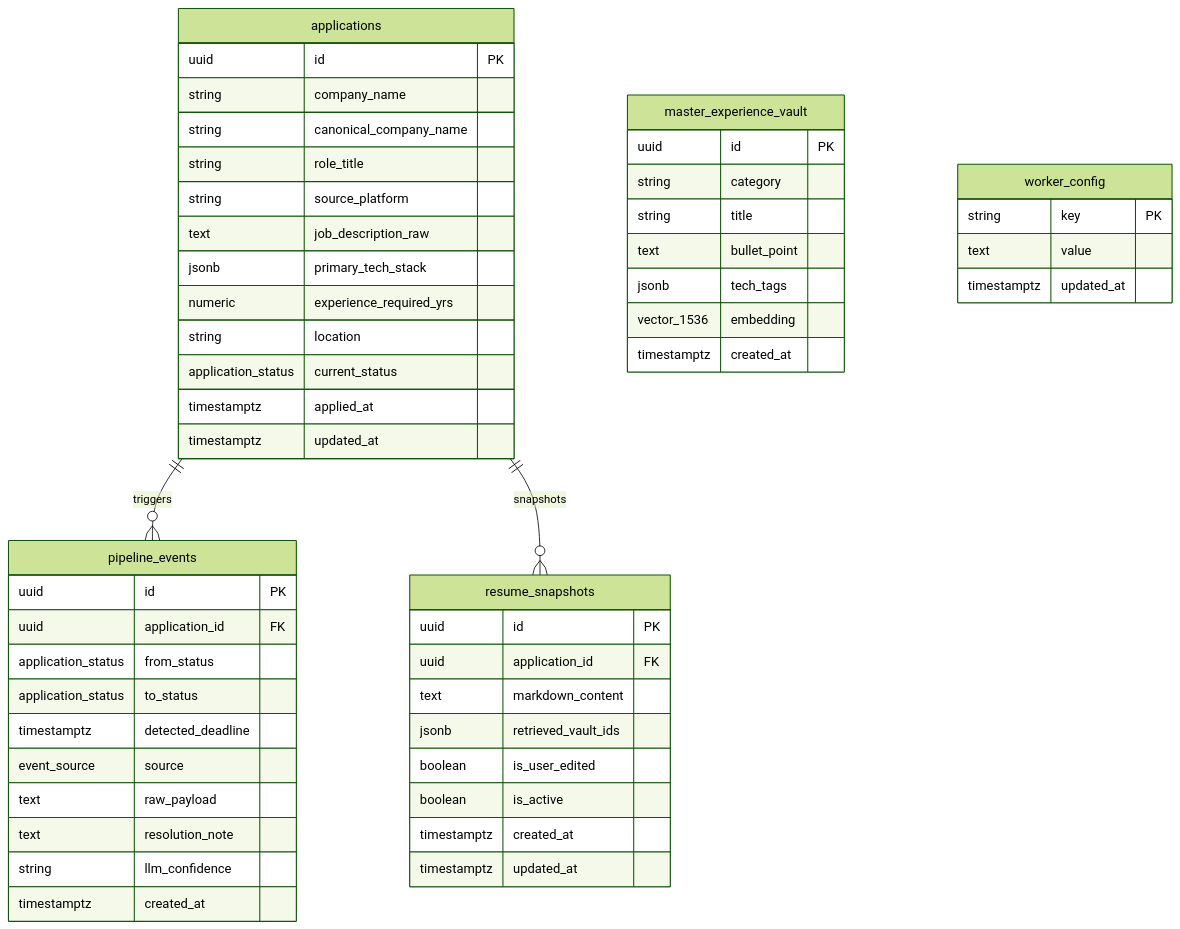
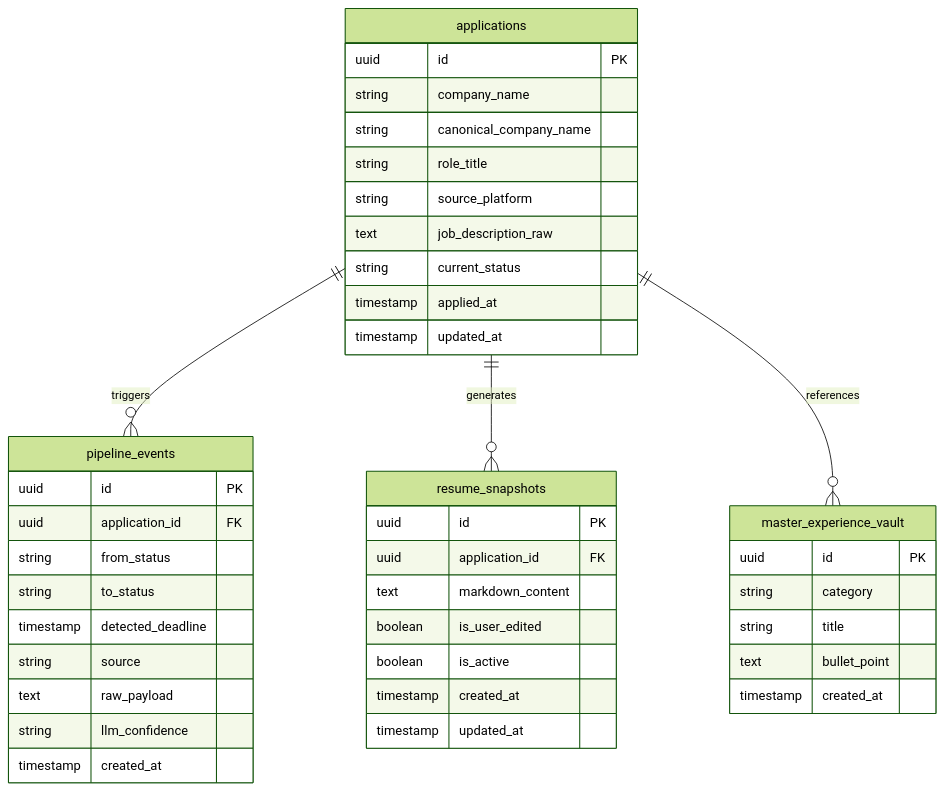
The third of 3 diagrams in README.md (subham3604/applied), drawn with Mermaid (forest theme) before and after one commit. The commit also changed other lines of this file, not shown here.

Commit message:
fix(readme): resolve Mermaid diagram syntax errors for GitHub renderer

````diff
--- a/README.md
+++ b/README.md
@@ -144,60 +147,48 @@
 ```mermaid
 erDiagram
-    applications ||--o{ pipeline_events : "triggers"
-    applications ||--o{ resume_snapshots : "snapshots"
-    
+    applications ||--o{ pipeline_events : triggers
+    applications ||--o{ resume_snapshots : generates
+    applications ||--o{ master_experience_vault : references
+
     applications {
         uuid id PK
         string company_name
         string canonical_company_name
         string role_title
         string source_platform
         text job_description_raw
-        jsonb primary_tech_stack
-        numeric experience_required_yrs
-        string location
-        application_status current_status
-        timestamptz applied_at
-        timestamptz updated_at
+        string current_status
+        timestamp applied_at
+        timestamp updated_at
     }
-    
+
+    pipeline_events {
+        uuid id PK
+        uuid application_id FK
+        string from_status
+        string to_status
+        timestamp detected_deadline
+        string source
+        text raw_payload
+        string llm_confidence
+        timestamp created_at
+    }
+
+    resume_snapshots {
+        uuid id PK
+        uuid application_id FK
+        text markdown_content
+        boolean is_user_edited
+        boolean is_active
+        timestamp created_at
+        timestamp updated_at
+    }
+
     master_experience_vault {
         uuid id PK
         string category
         string title
         text bullet_point
-        jsonb tech_tags
-        vector_1536 embedding
-        timestamptz created_at
-    }
-    
-    pipeline_events {
-        uuid id PK
-        uuid application_id FK
-        application_status from_status
-        application_status to_status
-        timestamptz detected_deadline
-        event_source source
-        text raw_payload
-        text resolution_note
-        string llm_confidence
-        timestamptz created_at
-    }
-    
-    resume_snapshots {
-        uuid id PK
-        uuid application_id FK
-        text markdown_content
-        jsonb retrieved_vault_ids
-        boolean is_user_edited
-        boolean is_active
-        timestamptz created_at
-        timestamptz updated_at
-    }
-    
-    worker_config {
-        string key PK
-        text value
-        timestamptz updated_at
+        timestamp created_at
     }
 ```
````
